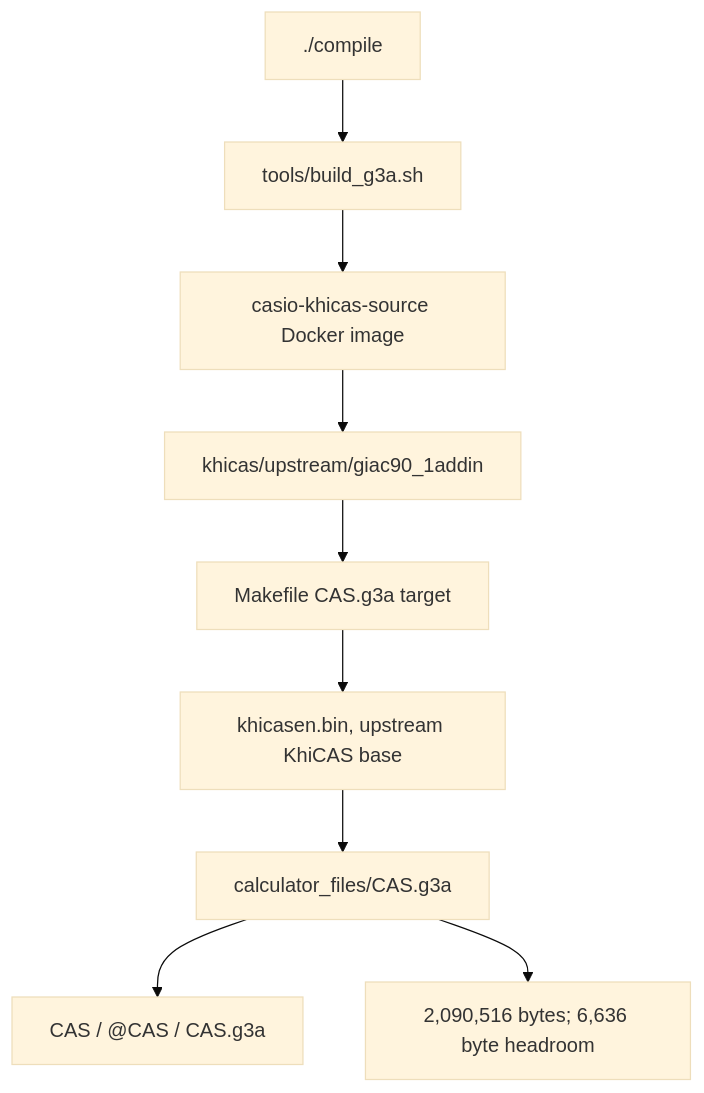
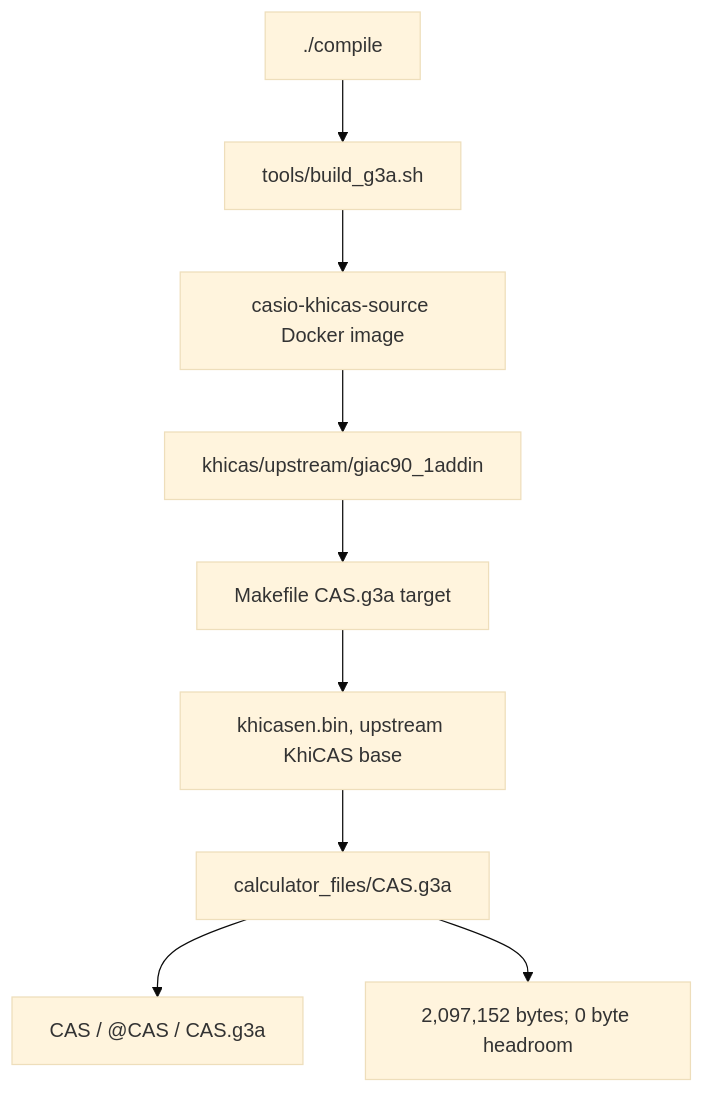
Before and after one commit to james8464/notes-addin-casio-fx-cg50: the first of 5 diagrams in docs/GRAPH.md, drawn with Mermaid (base theme). The commit also changed other lines of this file and 4 other files, not shown here.

````diff
--- a/docs/GRAPH.md
+++ b/docs/GRAPH.md
@@ -7,11 +7,11 @@
 ```mermaid
 graph TD
   Compile["./compile"] --> Build["tools/build_g3a.sh"]
   Build --> Docker["casio-khicas-source Docker image"]
   Docker --> Src["khicas/upstream/giac90_1addin"]
   Src --> Make["Makefile CAS.g3a target"]
   Make --> Bin["khicasen.bin, upstream KhiCAS base"]
   Bin --> G3A["calculator_files/CAS.g3a"]
   G3A --> Meta["CAS / @CAS / CAS.g3a"]
-  G3A --> Size["2,090,516 bytes; 6,636 byte headroom"]
+  G3A --> Size["2,097,152 bytes; 0 byte headroom"]
 ```
````
